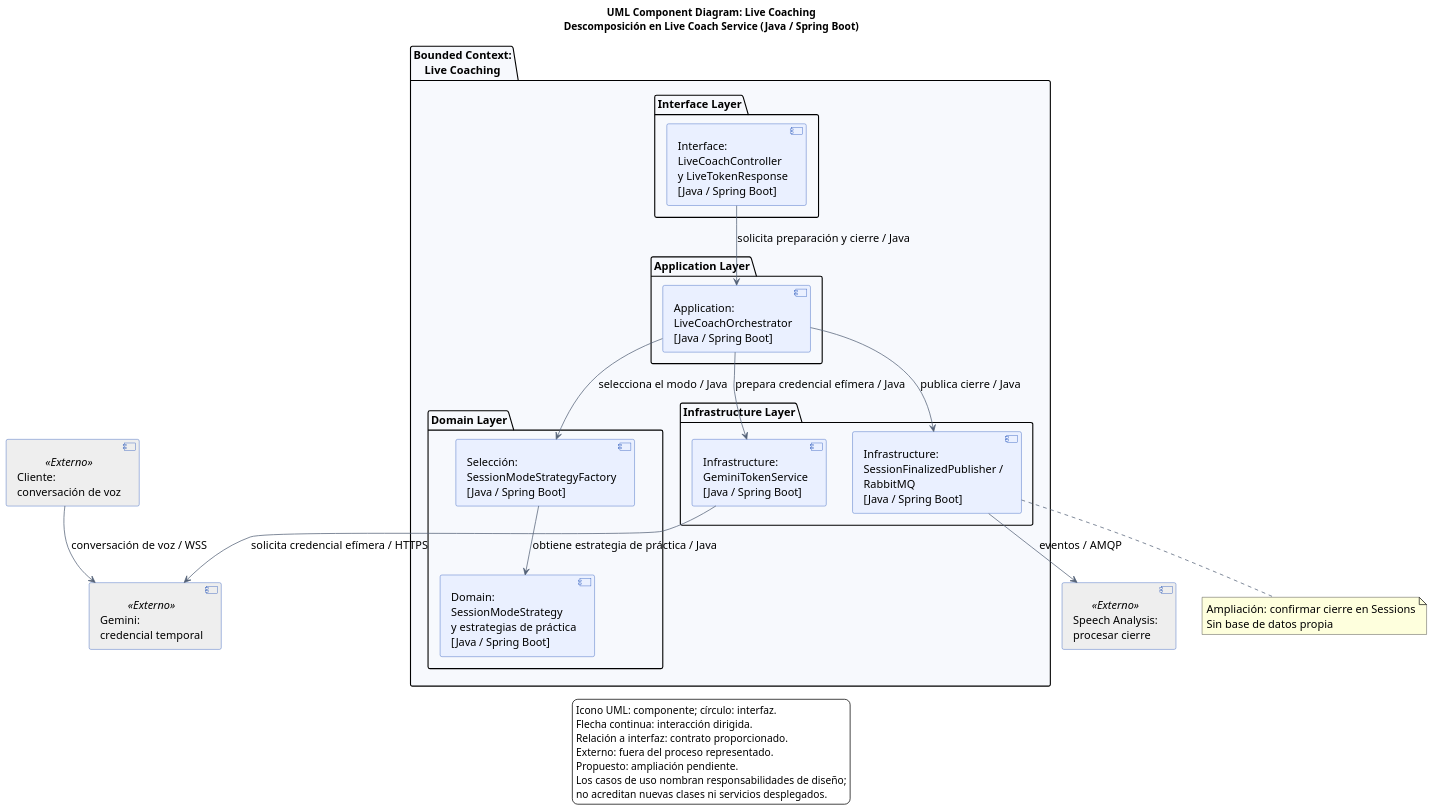
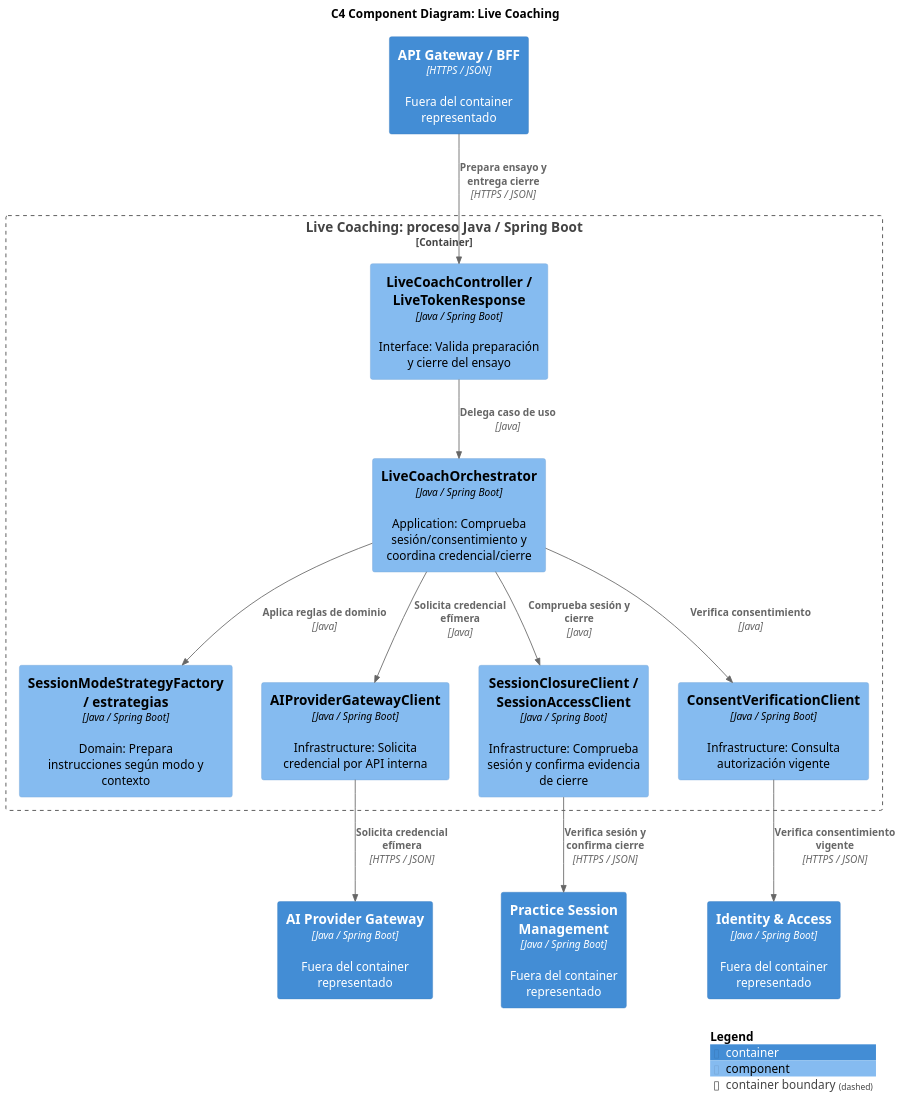
The diagram in assets/diagrams/tactical/01-live-coaching-components.puml (upc-pre-202620-si728-16365-thropic/talki-project-report), drawn with PlantUML before and after one commit. The commit also changed 4 other files, not shown here.

First line of the commit message:
docs(5.1): completa modelos y contratos de Live Coaching

```diff
--- a/assets/diagrams/tactical/01-live-coaching-components.puml
+++ b/assets/diagrams/tactical/01-live-coaching-components.puml
@@ -1,56 +1,29 @@
 @startuml
+!include <C4/C4_Component>
 skinparam defaultFontName Arial
-skinparam defaultFontSize 15
-skinparam shadowing false
-skinparam componentStyle uml2
-skinparam backgroundColor white
-skinparam componentBackgroundColor #EAF0FF
-skinparam componentBorderColor #1749B5
-skinparam ArrowColor #536177
-skinparam packageBackgroundColor #F7F9FD
-skinparam dpi 130
-title
-UML Component Diagram: Live Coaching
-Descomposición en Live Coach Service (Java / Spring Boot)
-end title
-component "Gemini:\ncredencial temporal" as provider <<Externo>> #EEEEEE
-component "Cliente:\nconversación de voz" as client <<Externo>> #EEEEEE
-component "Speech Analysis:\nprocesar cierre" as next <<Externo>> #EEEEEE
-package "Bounded Context:\nLive Coaching" {
-  package "Interface Layer" {
-    component "Interface:\nLiveCoachController\ny LiveTokenResponse\n[Java / Spring Boot]" as input
-  }
-  package "Application Layer" {
-    component "Application:\nLiveCoachOrchestrator\n[Java / Spring Boot]" as app
-  }
-  package "Domain Layer" {
-    component "Selección:\nSessionModeStrategyFactory\n[Java / Spring Boot]" as factory
-    component "Domain:\nSessionModeStrategy\ny estrategias de práctica\n[Java / Spring Boot]" as strategy
-  }
-  package "Infrastructure Layer" {
-    component "Infrastructure:\nGeminiTokenService\n[Java / Spring Boot]" as token
-    component "Infrastructure:\nSessionFinalizedPublisher /\nRabbitMQ\n[Java / Spring Boot]" as events
-  }
+skinparam dpi 150
+LAYOUT_TOP_DOWN()
+title C4 Component Diagram: Live Coaching
+Container(ai, "AI Provider Gateway", "Java / Spring Boot", "Fuera del container representado")
+Container(bff, "API Gateway / BFF", "HTTPS / JSON", "Fuera del container representado")
+Container(identity, "Identity & Access", "Java / Spring Boot", "Fuera del container representado")
+Container(sessions, "Practice Session Management", "Java / Spring Boot", "Fuera del container representado")
+Container_Boundary(scope, "Live Coaching: proceso Java / Spring Boot") {
+  Component(api, "LiveCoachController / LiveTokenResponse", "Java / Spring Boot", "Interface: Valida preparación y cierre del ensayo")
+  Component(app, "LiveCoachOrchestrator", "Java / Spring Boot", "Application: Comprueba sesión/consentimiento y coordina credencial/cierre")
+  Component(rules, "SessionModeStrategyFactory / estrategias", "Java / Spring Boot", "Domain: Prepara instrucciones según modo y contexto")
+  Component(aiClient, "AIProviderGatewayClient", "Java / Spring Boot", "Infrastructure: Solicita credencial por API interna")
+  Component(sessionClient, "SessionClosureClient / SessionAccessClient", "Java / Spring Boot", "Infrastructure: Comprueba sesión y confirma evidencia de cierre")
+  Component(consentClient, "ConsentVerificationClient", "Java / Spring Boot", "Infrastructure: Consulta autorización vigente")
 }
-input --> app : solicita preparación y cierre / Java
-app --> factory : selecciona el modo / Java
-factory --> strategy : obtiene estrategia de práctica / Java
-app --> token : prepara credencial efímera / Java
-token --> provider : solicita credencial efímera / HTTPS
-client --> provider : conversación de voz / WSS
-app --> events : publica cierre / Java
-events --> next : eventos / AMQP
-note bottom
-Ampliación: confirmar cierre en Sessions
-Sin base de datos propia
-end note
-legend bottom
-Icono UML: componente; círculo: interfaz.
-Flecha continua: interacción dirigida.
-Relación a interfaz: contrato proporcionado.
-Externo: fuera del proceso representado.
-Propuesto: ampliación pendiente.
-Los casos de uso nombran responsabilidades de diseño;
-no acreditan nuevas clases ni servicios desplegados.
-endlegend
+Rel(api, app, "Delega caso de uso", "Java")
+Rel(app, rules, "Aplica reglas de dominio", "Java")
+Rel(app, aiClient, "Solicita credencial efímera", "Java")
+Rel(app, sessionClient, "Comprueba sesión y cierre", "Java")
+Rel(app, consentClient, "Verifica consentimiento", "Java")
+Rel(bff, api, "Prepara ensayo y entrega cierre", "HTTPS / JSON")
+Rel(aiClient, ai, "Solicita credencial efímera", "HTTPS / JSON")
+Rel(sessionClient, sessions, "Verifica sesión y confirma cierre", "HTTPS / JSON")
+Rel(consentClient, identity, "Verifica consentimiento vigente", "HTTPS / JSON")
+SHOW_LEGEND()
 @enduml
```
